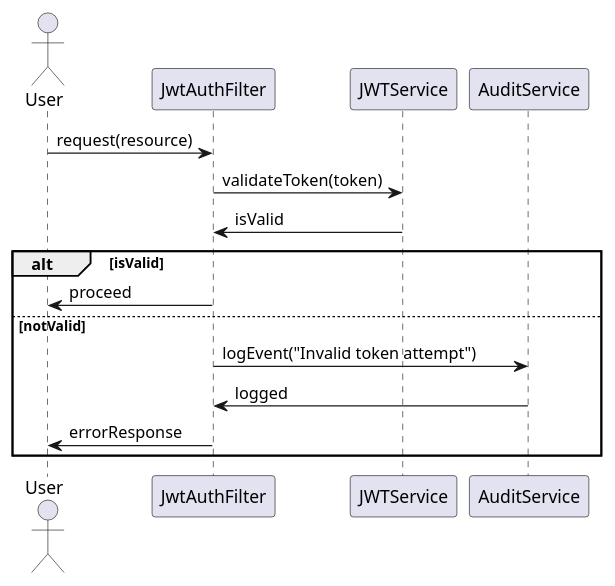
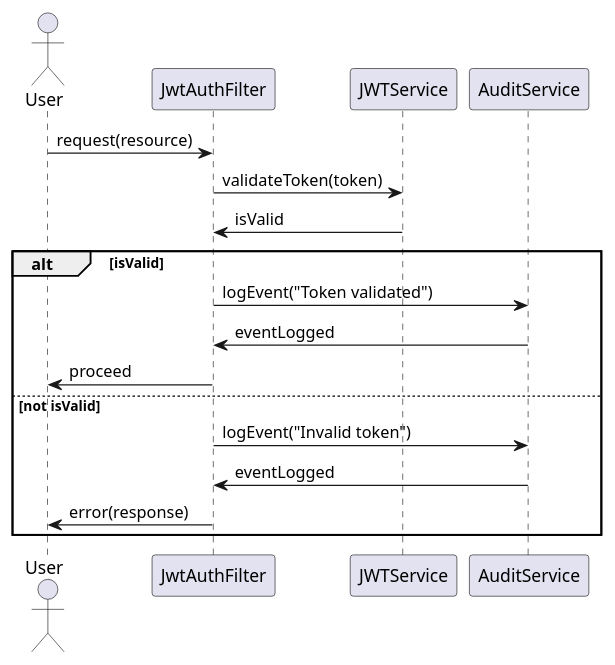
Before and after one commit to Dinesh-s95/AutoDoc.ai: the third of 5 diagrams in identityprovider/documentation/detaileddesign.adoc, drawn with PlantUML. The commit also changed other lines of this file and 4 other files, not shown here.

````diff
--- a/identityprovider/documentation/detaileddesign.adoc
+++ b/identityprovider/documentation/detaileddesign.adoc
@@ -346,19 +335,21 @@
 ```plantuml
 @startuml
 actor User
 participant JwtAuthFilter
 participant JWTService
 participant AuditService
 
 User -> JwtAuthFilter : request(resource)
 JwtAuthFilter -> JWTService : validateToken(token)
 JWTService -> JwtAuthFilter : isValid
 alt isValid
+    JwtAuthFilter -> AuditService : logEvent("Token validated")
+    AuditService -> JwtAuthFilter : eventLogged
     JwtAuthFilter -> User : proceed
-else notValid
-    JwtAuthFilter -> AuditService : logEvent("Invalid token attempt")
-    AuditService -> JwtAuthFilter : logged
-    JwtAuthFilter -> User : errorResponse
+else not isValid
+    JwtAuthFilter -> AuditService : logEvent("Invalid token")
+    AuditService -> JwtAuthFilter : eventLogged
+    JwtAuthFilter -> User : error(response)
 end
 @enduml
 ```
````
